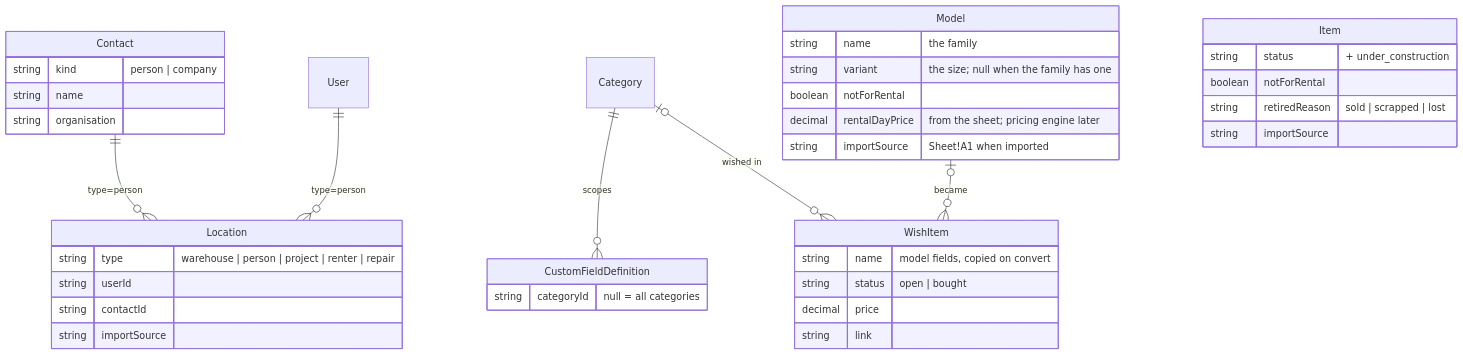
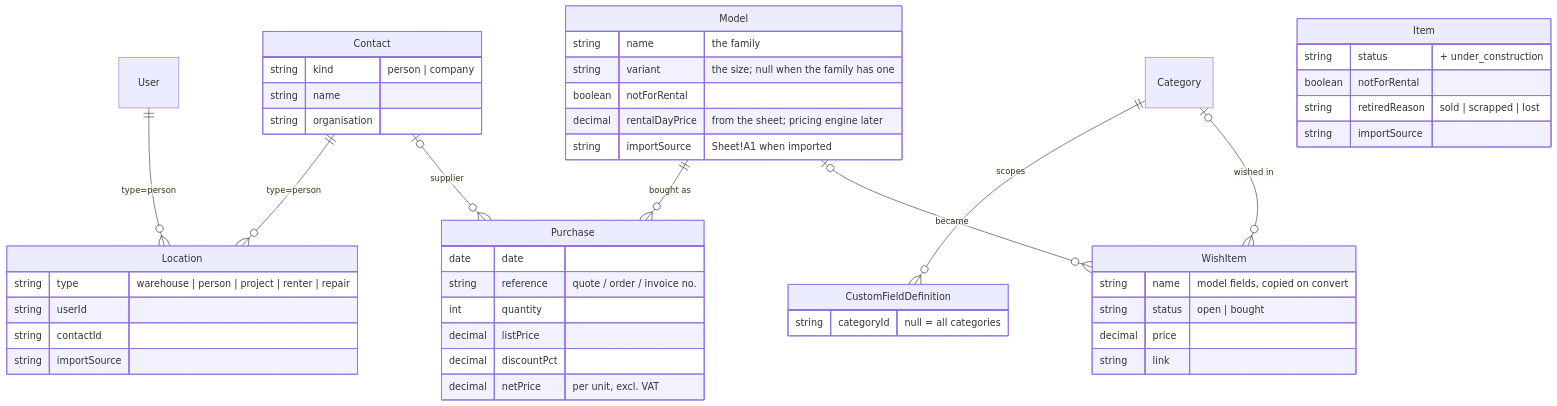
Before and after one commit to vertigojeppe/vertigo-gear-management: the third of 6 diagrams in docs/ARCHITECTURE.md, drawn with Mermaid. The commit also changed other lines of this file and 36 other files, not shown here.

First line of the commit message:
Purchase records per model; importer turns the truss quotes into them

````diff
--- a/docs/ARCHITECTURE.md
+++ b/docs/ARCHITECTURE.md
@@ -130,42 +131,52 @@
 ```mermaid
 erDiagram
   Contact ||--o{ Location : "type=person"
   User ||--o{ Location : "type=person"
   Category ||--o{ CustomFieldDefinition : "scopes"
+  Model ||--o{ Purchase : "bought as"
+  Contact |o--o{ Purchase : "supplier"
   Category |o--o{ WishItem : "wished in"
   Model |o--o{ WishItem : "became"
 
   Contact {
     string kind "person | company"
     string name
     string organisation
+  }
+  Purchase {
+    date date
+    string reference "quote / order / invoice no."
+    int quantity
+    decimal listPrice
+    decimal discountPct
+    decimal netPrice "per unit, excl. VAT"
   }
   WishItem {
     string name "model fields, copied on convert"
     string status "open | bought"
     decimal price
     string link
   }
   Model {
     string name "the family"
     string variant "the size; null when the family has one"
     boolean notForRental
     decimal rentalDayPrice "from the sheet; pricing engine later"
     string importSource "Sheet!A1 when imported"
   }
   Item {
     string status "+ under_construction"
     boolean notForRental
     string retiredReason "sold | scrapped | lost"
     string importSource
   }
   Location {
     string type "warehouse | person | project | renter | repair"
     string userId
     string contactId
     string importSource
   }
   CustomFieldDefinition {
     string categoryId "null = all categories"
   }
 ```
````
